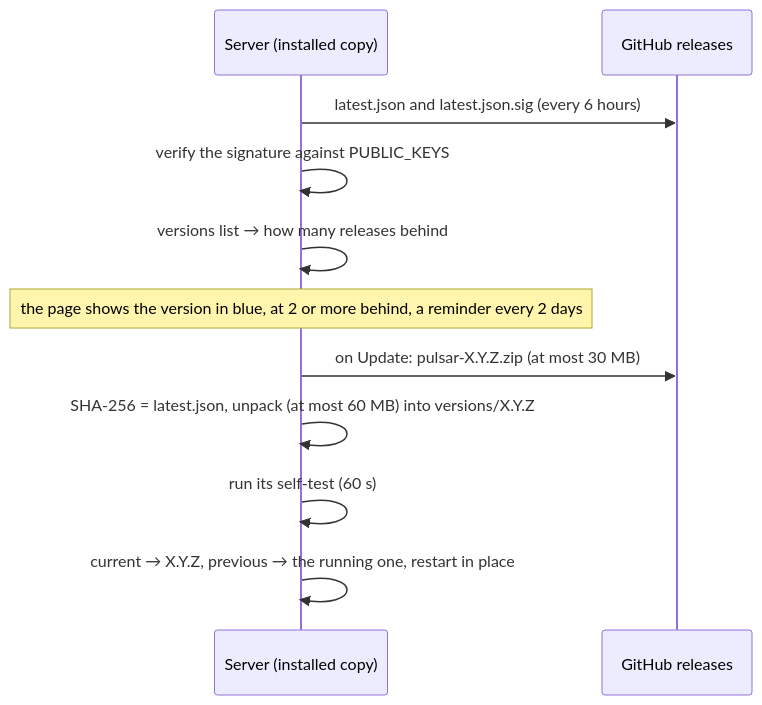
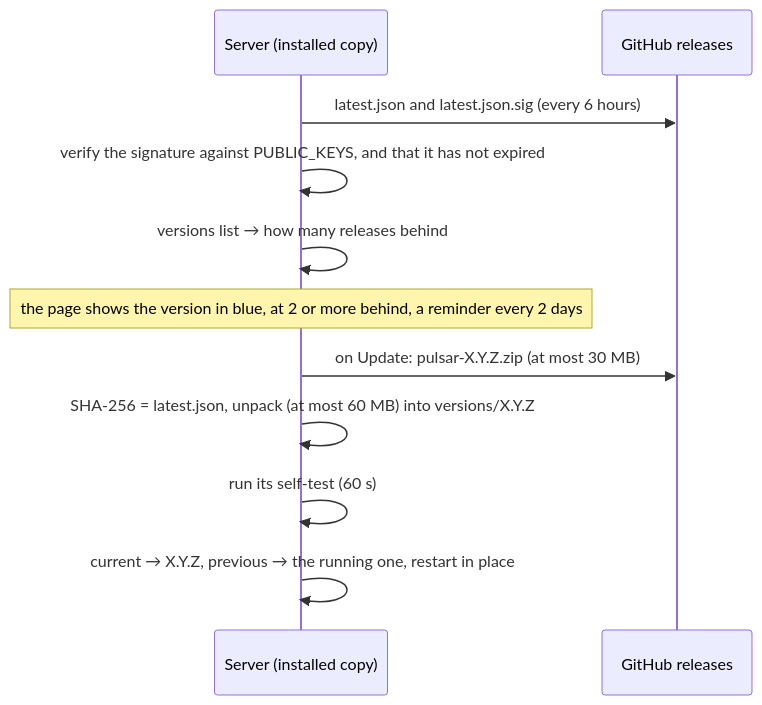
One commit to fosterinteractive/pulsar changed the third of 3 diagrams in docs/HOW-IT-WORKS.md. Above: the diagram before and after it, drawn with Mermaid. The commit also changed other lines of this file and 2 other files, not shown here.

````diff
--- a/docs/HOW-IT-WORKS.md
+++ b/docs/HOW-IT-WORKS.md
@@ -870,13 +899,13 @@
 ```mermaid
 sequenceDiagram
   participant S as Server (installed copy)
   participant GH as GitHub releases
   S->>GH: latest.json and latest.json.sig (every 6 hours)
-  S->>S: verify the signature against PUBLIC_KEYS
+  S->>S: verify the signature against PUBLIC_KEYS, and that it has not expired
   S->>S: versions list → how many releases behind
   Note over S: the page shows the version in blue, at 2 or more behind, a reminder every 2 days
   S->>GH: on Update: pulsar-X.Y.Z.zip (at most 30 MB)
   S->>S: SHA-256 = latest.json, unpack (at most 60 MB) into versions/X.Y.Z
   S->>S: run its self-test (60 s)
   S->>S: current → X.Y.Z, previous → the running one, restart in place
 ```
````
